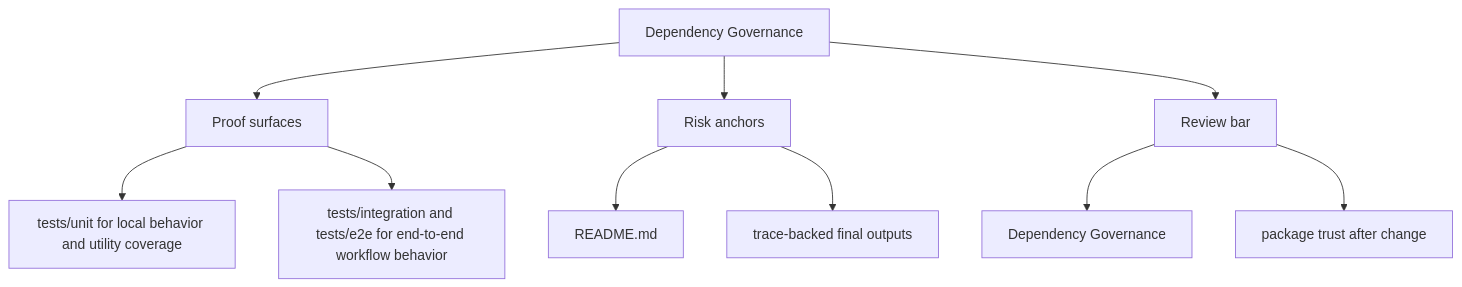
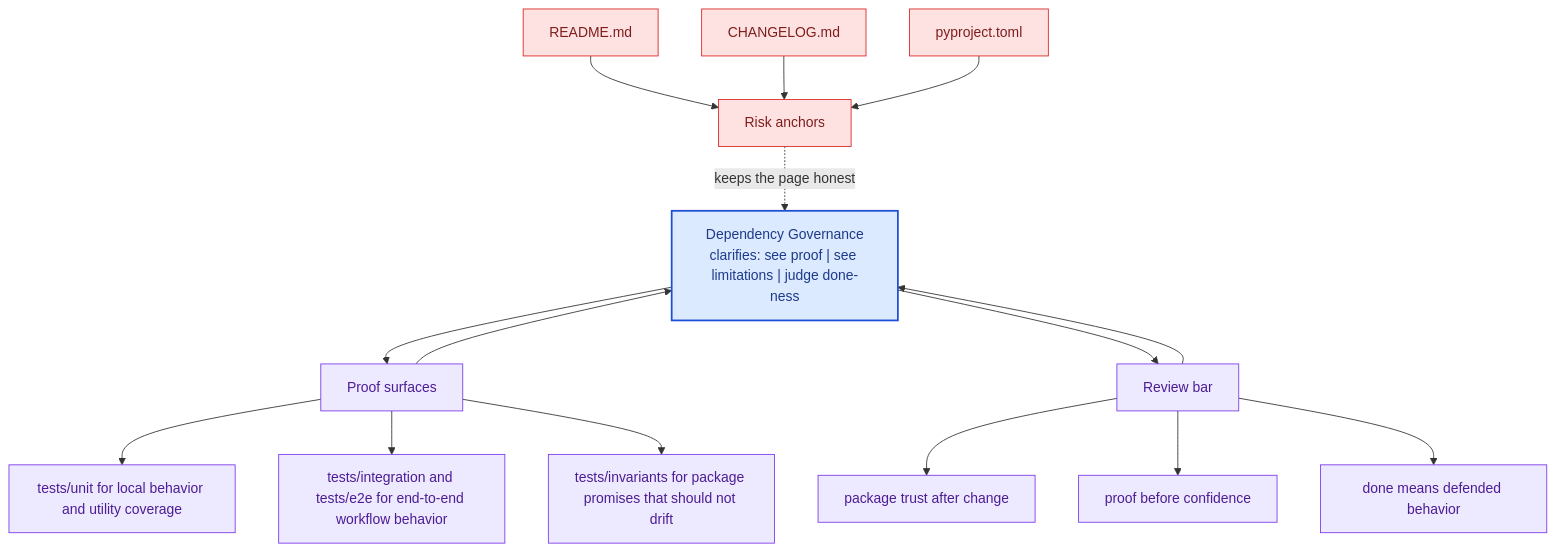
One commit to bijux/bijux-canon changed the second of 2 diagrams in docs/bijux-canon-agent/quality/dependency-governance.md. Above: the diagram before and after it, drawn with Mermaid. The commit also changed other lines of this file and 281 other files, not shown here.

Commit message:
docs(diagrams): deepen handbook mermaid maps across the catalog

````diff
--- a/docs/bijux-canon-agent/quality/dependency-governance.md
+++ b/docs/bijux-canon-agent/quality/dependency-governance.md
@@ -35,22 +68,41 @@
 ```mermaid
-flowchart TD
-    page["Dependency Governance"]
+flowchart TB
+    promise["Dependency Governance<br/>clarifies: see proof | see limitations | judge done-ness"]
+    classDef promise fill:#dbeafe,stroke:#1d4ed8,color:#1e3a8a,stroke-width:2px;
+    classDef driver fill:#dcfce7,stroke:#16a34a,color:#14532d;
+    classDef constraint fill:#fee2e2,stroke:#dc2626,color:#7f1d1d;
+    classDef ground fill:#ede9fe,stroke:#7c3aed,color:#4c1d95;
     focus1["Proof surfaces"]
-    page --> focus1
+    focus1 --> promise
+    promise --> focus1
     focus1_1["tests/unit for local behavior and utility coverage"]
     focus1 --> focus1_1
     focus1_2["tests/integration and tests/e2e for end-to-end workflow behavior"]
     focus1 --> focus1_2
+    focus1_3["tests/invariants for package promises that should not drift"]
+    focus1 --> focus1_3
+    class focus1 ground;
+    class focus1_1,focus1_2,focus1_3 ground;
     focus2["Risk anchors"]
-    page --> focus2
+    focus2 -.keeps the page honest.-> promise
     focus2_1["README.md"]
-    focus2 --> focus2_1
-    focus2_2["trace-backed final outputs"]
-    focus2 --> focus2_2
+    focus2_1 --> focus2
+    focus2_2["CHANGELOG.md"]
+    focus2_2 --> focus2
+    focus2_3["pyproject.toml"]
+    focus2_3 --> focus2
+    class focus2 constraint;
+    class focus2_1,focus2_2,focus2_3 constraint;
     focus3["Review bar"]
-    page --> focus3
-    focus3_1["Dependency Governance"]
+    focus3 --> promise
+    promise --> focus3
+    focus3_1["package trust after change"]
     focus3 --> focus3_1
-    focus3_2["package trust after change"]
+    focus3_2["proof before confidence"]
     focus3 --> focus3_2
+    focus3_3["done means defended behavior"]
+    focus3 --> focus3_3
+    class focus3 ground;
+    class focus3_1,focus3_2,focus3_3 ground;
+    class promise promise;
 ```
````
